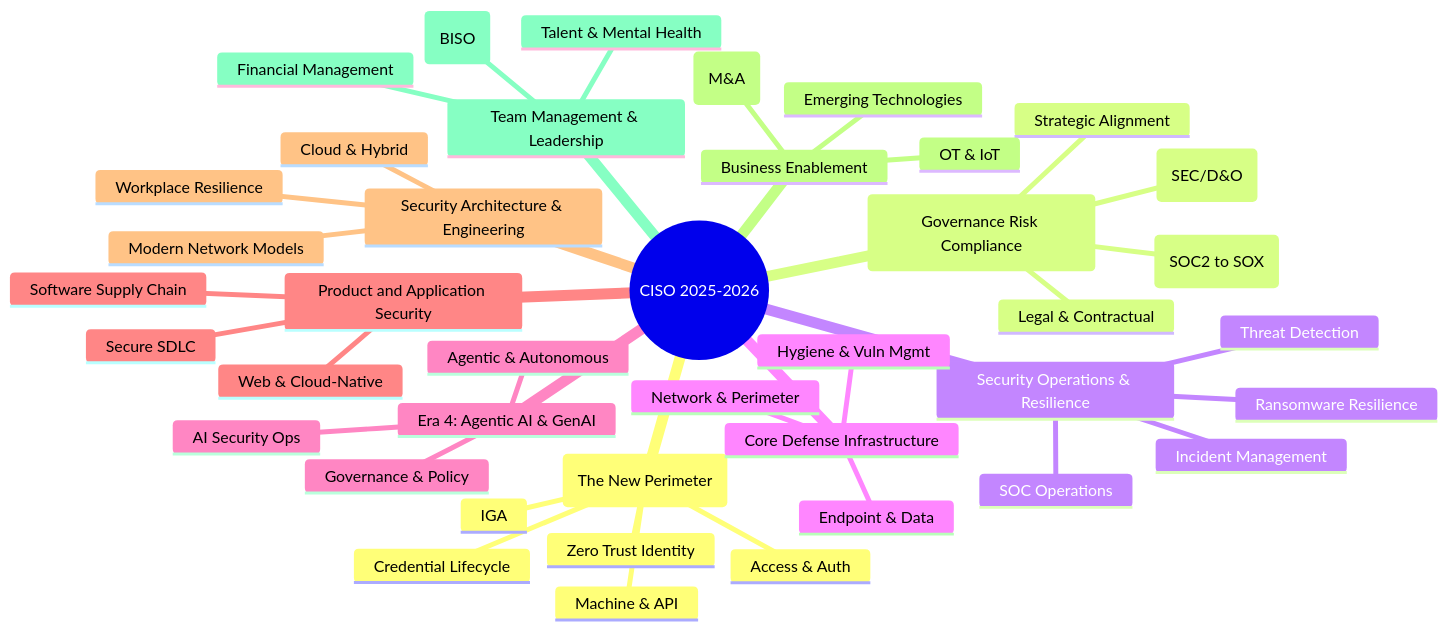
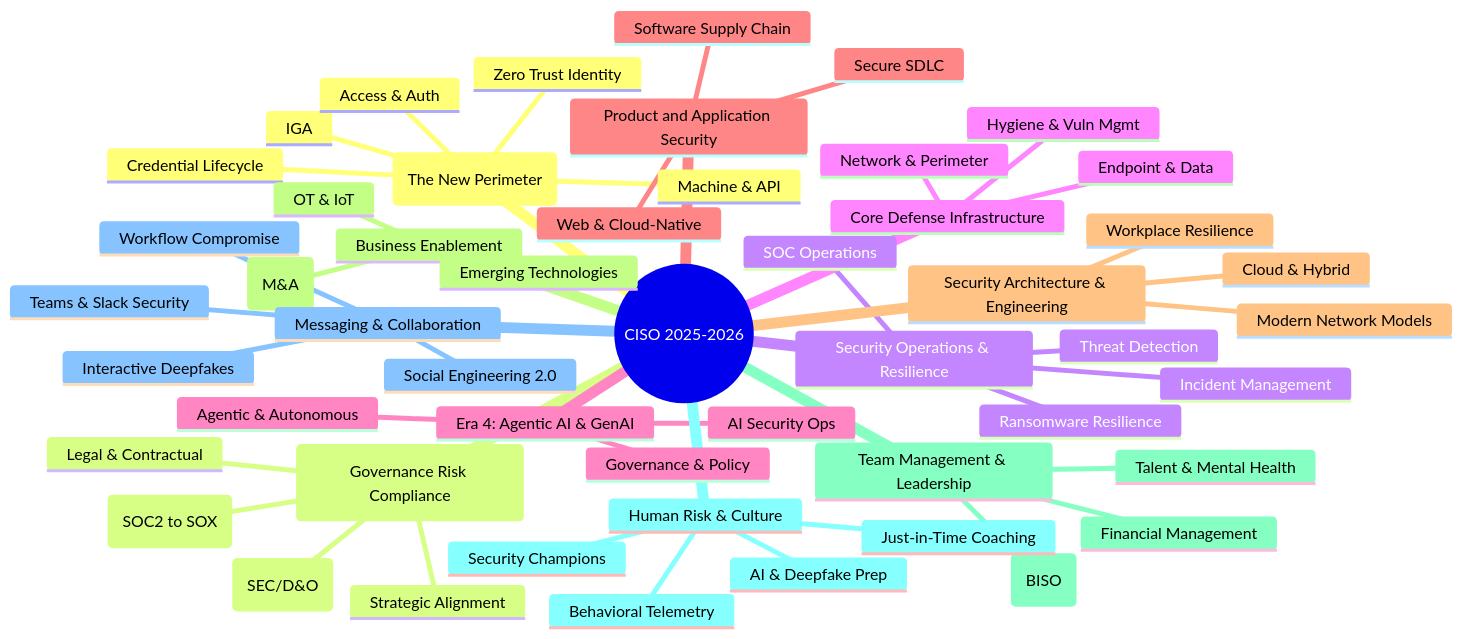
One commit to mdfranz/cheetsheetz changed the diagram in ciso/research/CISO_MindMap_2025_Text.md. Above: the diagram before and after it, drawn with Mermaid. The commit also changed other lines of this file, not shown here.

````diff
--- a/ciso/research/CISO_MindMap_2025_Text.md
+++ b/ciso/research/CISO_MindMap_2025_Text.md
@@ -5,44 +5,54 @@
 ```mermaid
 mindmap
   root((CISO 2025-2026))
     Identity (The New Perimeter)
       IGA
       Credential Lifecycle
       Access & Auth
       Machine & API
       Zero Trust Identity
     GRC (Governance Risk Compliance)
       Strategic Alignment
       Risk & Liability (SEC/D&O)
       Compliance (SOC2 to SOX)
       Legal & Contractual
     Security Operations & Resilience
       Threat Detection
       SOC Operations
       Incident Management
       Ransomware Resilience
     Core Defense Infrastructure
       Network & Perimeter
       Endpoint & Data
       Hygiene & Vuln Mgmt
     Era 4: Agentic AI & GenAI
       Governance & Policy
       Agentic & Autonomous
       AI Security Ops
     Product and Application Security
       Secure SDLC
       Software Supply Chain
       Web & Cloud-Native
     Security Architecture & Engineering
       Cloud & Hybrid
       Modern Network Models
       Workplace Resilience
     Business Enablement
       Strategic Growth (M&A)
       OT & IoT
       Emerging Technologies
     Team Management & Leadership
       Organizational Design (BISO)
       Financial Management
       Talent & Mental Health
+    Human Risk & Culture
+      Behavioral Telemetry
+      Just-in-Time Coaching
+      AI & Deepfake Prep
+      Security Champions
+    Messaging & Collaboration
+      Social Engineering 2.0
+      Workflow Compromise
+      Teams & Slack Security
+      Interactive Deepfakes
 ```
````
